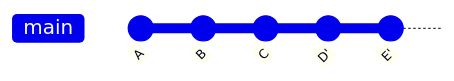
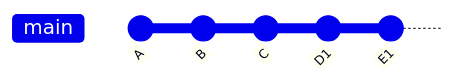
One commit to NathanKr/git-rebase-or-merge changed the fourth of 4 diagrams in README.md. Above: the diagram before and after it, drawn with Mermaid. The commit also changed other lines of this file, not shown here.

Commit message:
Replace D' E' with D1 E1 in rebase diagram for readability

````diff
--- a/README.md
+++ b/README.md
@@ -81,8 +81,8 @@
 ```mermaid
 gitGraph
    commit id: "A"
    commit id: "B"
    commit id: "C"
-   commit id: "D'"
-   commit id: "E'"
+   commit id: "D1"
+   commit id: "E1"
 ```
````
